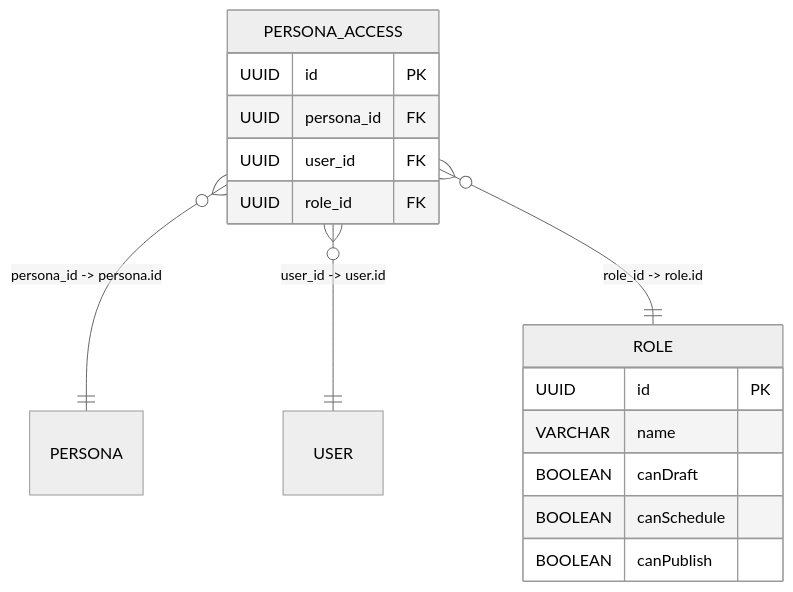
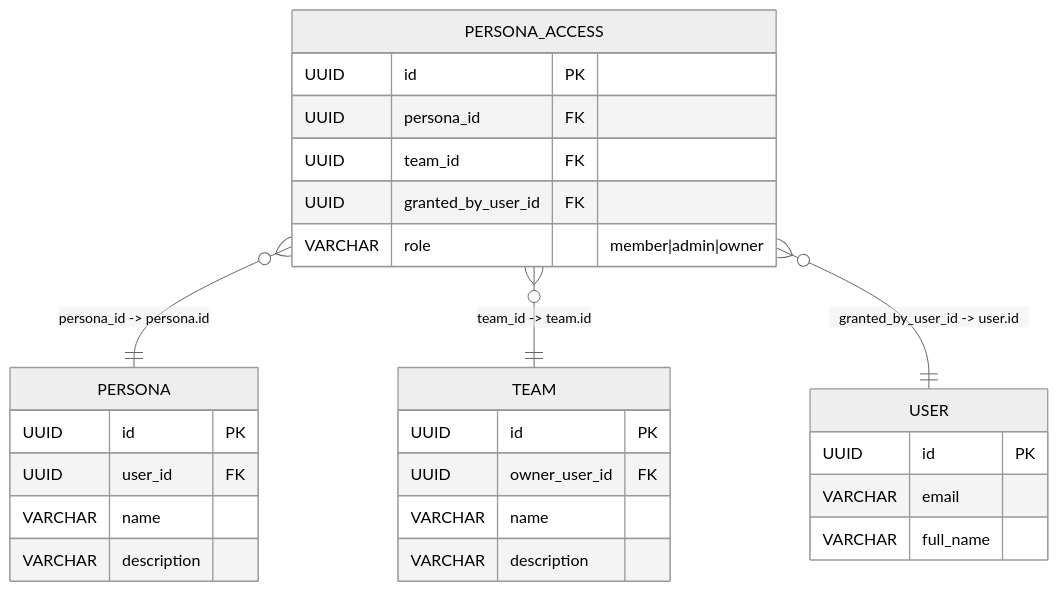
One commit to AchuAshwath/LinkX changed the fifth of 6 diagrams in backend/app/alembic/README.md. Above: the diagram before and after it, drawn with Mermaid (neutral theme). The commit also changed other lines of this file and 54 other files, not shown here.

Commit message:
feat(personas): implement persona and team based backend for linkx (#28)

````diff
--- a/backend/app/alembic/README.md
+++ b/backend/app/alembic/README.md
@@ -211,22 +236,35 @@
 ```mermaid
 erDiagram
-  ROLE {
+  PERSONA {
     UUID id PK
+    UUID user_id FK
     VARCHAR name
-    BOOLEAN canDraft
-    BOOLEAN canSchedule
-    BOOLEAN canPublish
+    VARCHAR description
+  }
+
+  TEAM {
+    UUID id PK
+    UUID owner_user_id FK
+    VARCHAR name
+    VARCHAR description
   }
 
   PERSONA_ACCESS {
     UUID id PK
     UUID persona_id FK
-    UUID user_id FK
-    UUID role_id FK
+    UUID team_id FK
+    UUID granted_by_user_id FK
+    VARCHAR role "member|admin|owner"
+  }
+
+  USER {
+    UUID id PK
+    VARCHAR email
+    VARCHAR full_name
   }
 
   %% Relationships
   PERSONA_ACCESS }o--|| PERSONA : "persona_id -> persona.id"
-  PERSONA_ACCESS }o--|| USER : "user_id -> user.id"
-  PERSONA_ACCESS }o--|| ROLE : "role_id -> role.id"
+  PERSONA_ACCESS }o--|| TEAM : "team_id -> team.id"
+  PERSONA_ACCESS }o--|| USER : "granted_by_user_id -> user.id"
 ```
````
